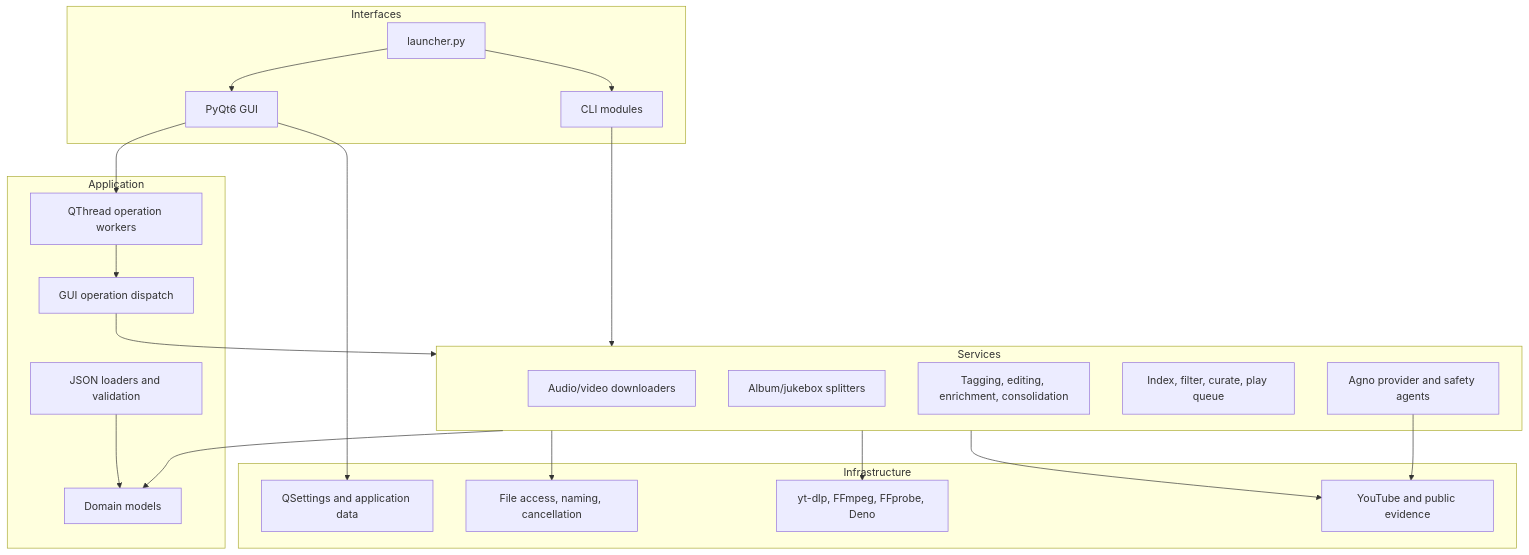
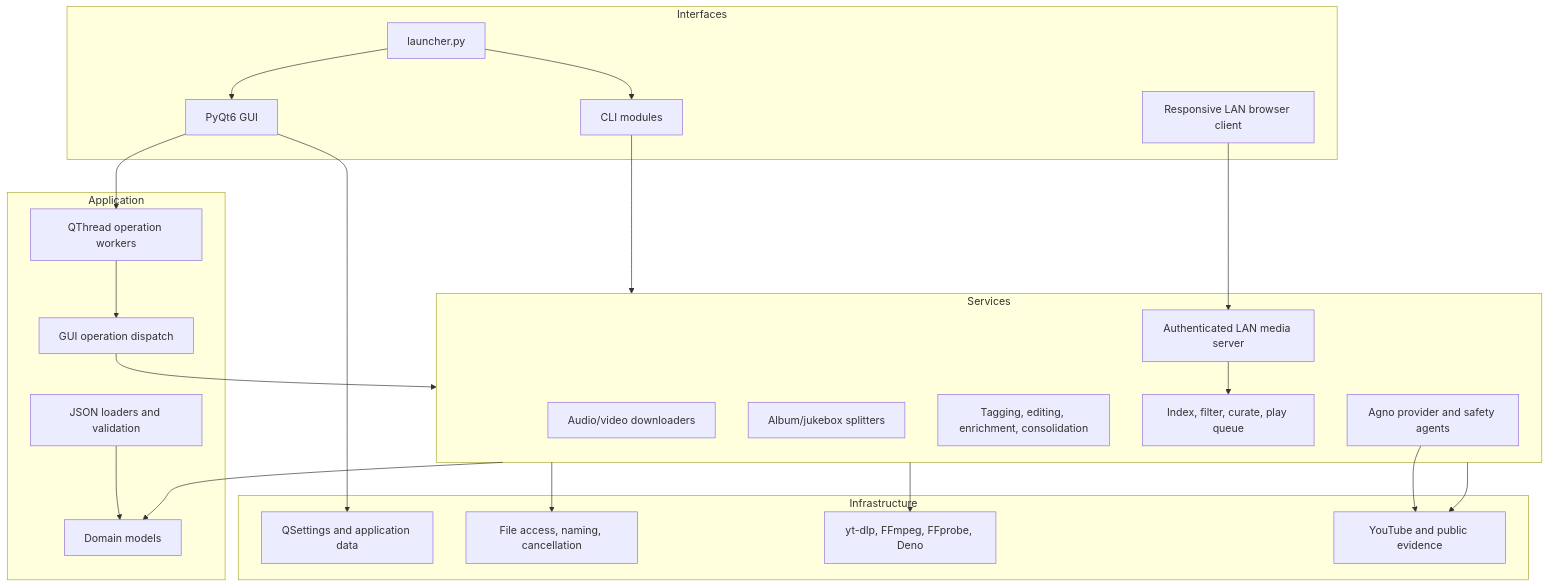
Before and after one commit to DhimanGhosh/YouTube_Media_Studio: the second of 6 diagrams in docs/HIGH_LEVEL_DESIGN.md, drawn with Mermaid. The commit also changed other lines of this file and 10 other files, not shown here.

First line of the commit message:
feat: add LAN mobile Media Library

````diff
--- a/docs/HIGH_LEVEL_DESIGN.md
+++ b/docs/HIGH_LEVEL_DESIGN.md
@@ -46,43 +46,46 @@
 ```mermaid
 flowchart TB
     subgraph Interfaces
         Launcher["launcher.py"]
         GUI["PyQt6 GUI"]
+        Phone["Responsive LAN browser client"]
         Commands["CLI modules"]
     end
 
     subgraph Application
         Dispatch["GUI operation dispatch"]
         Workers["QThread operation workers"]
         Domain["Domain models"]
         Loaders["JSON loaders and validation"]
     end
 
     subgraph Services
         Downloads["Audio/video downloaders"]
         Splitters["Album/jukebox splitters"]
         Metadata["Tagging, editing, enrichment, consolidation"]
         Library["Index, filter, curate, play queue"]
+        Remote["Authenticated LAN media server"]
         AI["Agno provider and safety agents"]
     end
 
     subgraph Infrastructure
         Storage["QSettings and application data"]
         Files["File access, naming, cancellation"]
         Runtime["yt-dlp, FFmpeg, FFprobe, Deno"]
         Internet["YouTube and public evidence"]
     end
 
     Launcher --> GUI
     Launcher --> Commands
+    Phone --> Remote --> Library
     GUI --> Workers --> Dispatch
     Commands --> Services
     Dispatch --> Services
     Loaders --> Domain
     Services --> Domain
     Services --> Files
     Services --> Runtime
     Services --> Internet
     GUI --> Storage
     AI --> Internet
 ```
````
